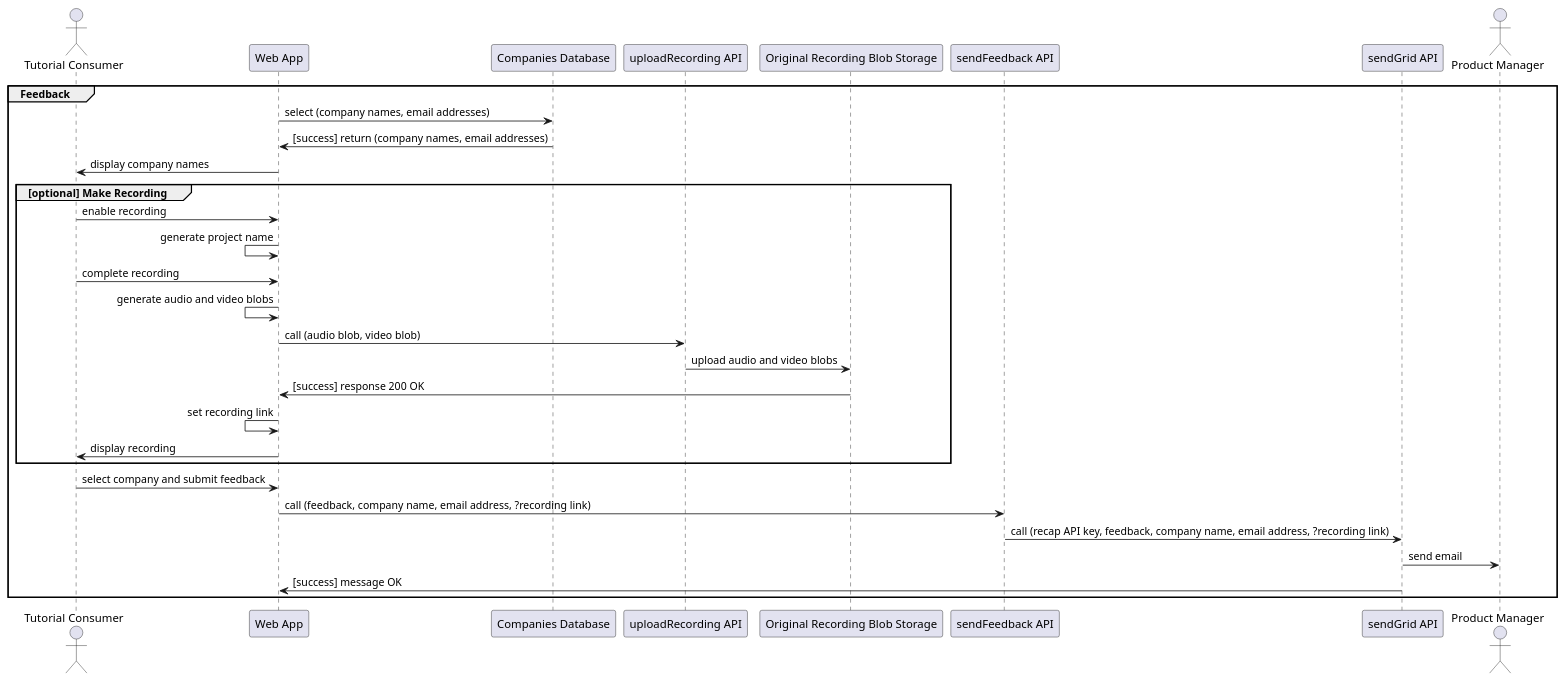
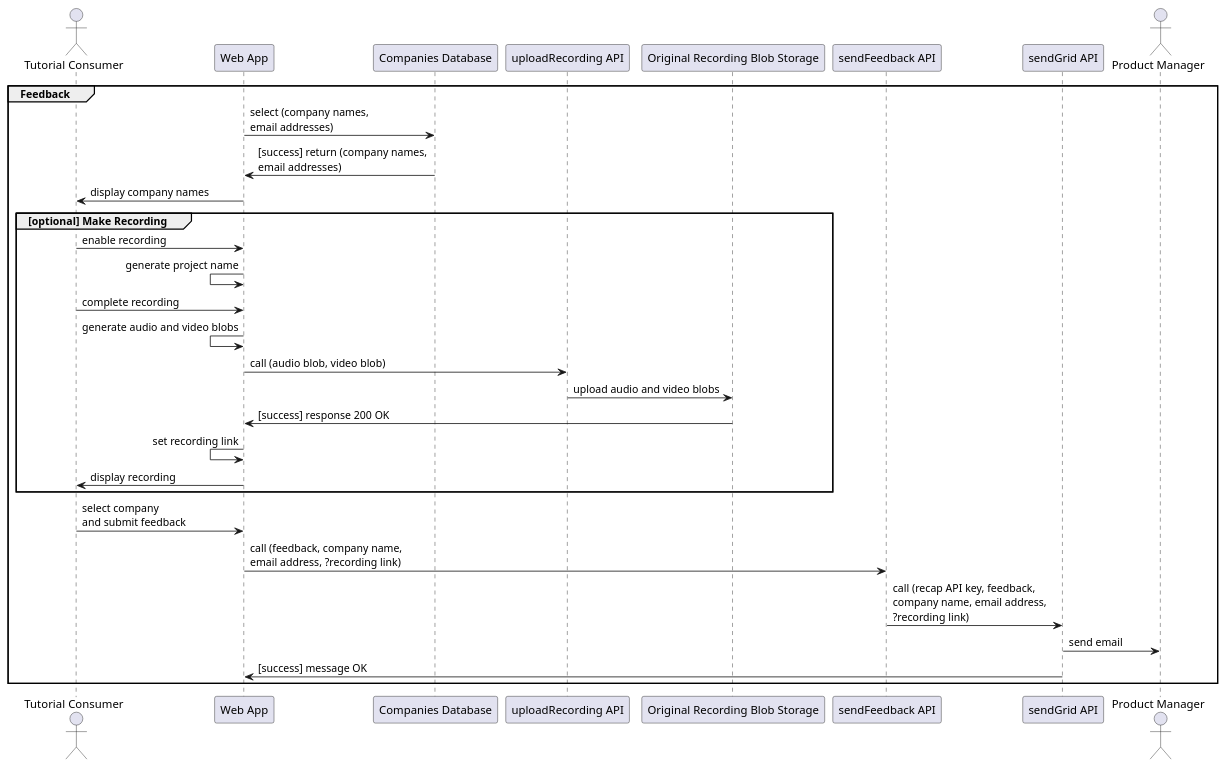
The diagram in examples/feedback.puml (jennifer-platt/ECM2429-UML), drawn with PlantUML before and after one commit. The commit also changed 1 other file, not shown here.

Commit message:
Feedback updates

```diff
--- a/examples/feedback.puml
+++ b/examples/feedback.puml
@@ -1,31 +1,31 @@
-@startuml system-flow_enter-test-result-code
+@startuml feedback
 
 Actor "Tutorial Consumer"
 
 group Feedback
-"Web App" -> "Companies Database": select (company names, email addresses)
-"Web App" <- "Companies Database": [success] return (company names, email addresses)
+"Web App" -> "Companies Database": select (company names, \nemail addresses)
+"Web App" <- "Companies Database": [success] return (company names, \nemail addresses)
 "Tutorial Consumer" <- "Web App": display company names
 
 group [optional] Make Recording
 "Tutorial Consumer" -> "Web App": enable recording
 "Web App" <- "Web App": generate project name
 "Tutorial Consumer" -> "Web App": complete recording
 
 "Web App" <- "Web App": generate audio and video blobs
 "Web App" -> "uploadRecording API": call (audio blob, video blob)
 "uploadRecording API" -> "Original Recording Blob Storage": upload audio and video blobs
 "Web App" <- "Original Recording Blob Storage": [success] response 200 OK
 "Web App" <- "Web App": set recording link
 "Tutorial Consumer" <- "Web App": display recording
 end
 
-"Tutorial Consumer" -> "Web App": select company and submit feedback
-"Web App" -> "sendFeedback API": call (feedback, company name, email address, ?recording link)
-"sendFeedback API" ->  "sendGrid API": call (recap API key, feedback, company name, email address, ?recording link)
+"Tutorial Consumer" -> "Web App": select company \nand submit feedback
+"Web App" -> "sendFeedback API": call (feedback, company name, \nemail address, ?recording link)
+"sendFeedback API" ->  "sendGrid API": call (recap API key, feedback, \ncompany name, email address, \n?recording link)
 Actor "Product Manager"
 "sendGrid API" -> "Product Manager": send email
 "sendGrid API" -> "Web App": [success] message OK
 end
 
 @enduml
```
